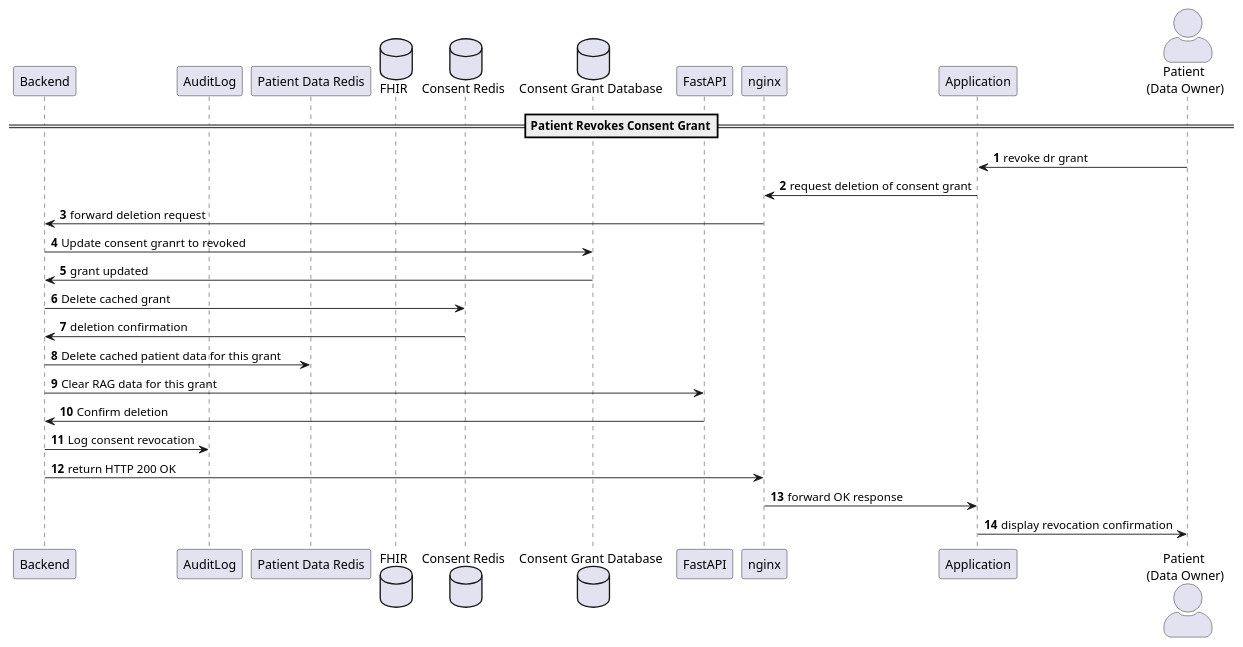
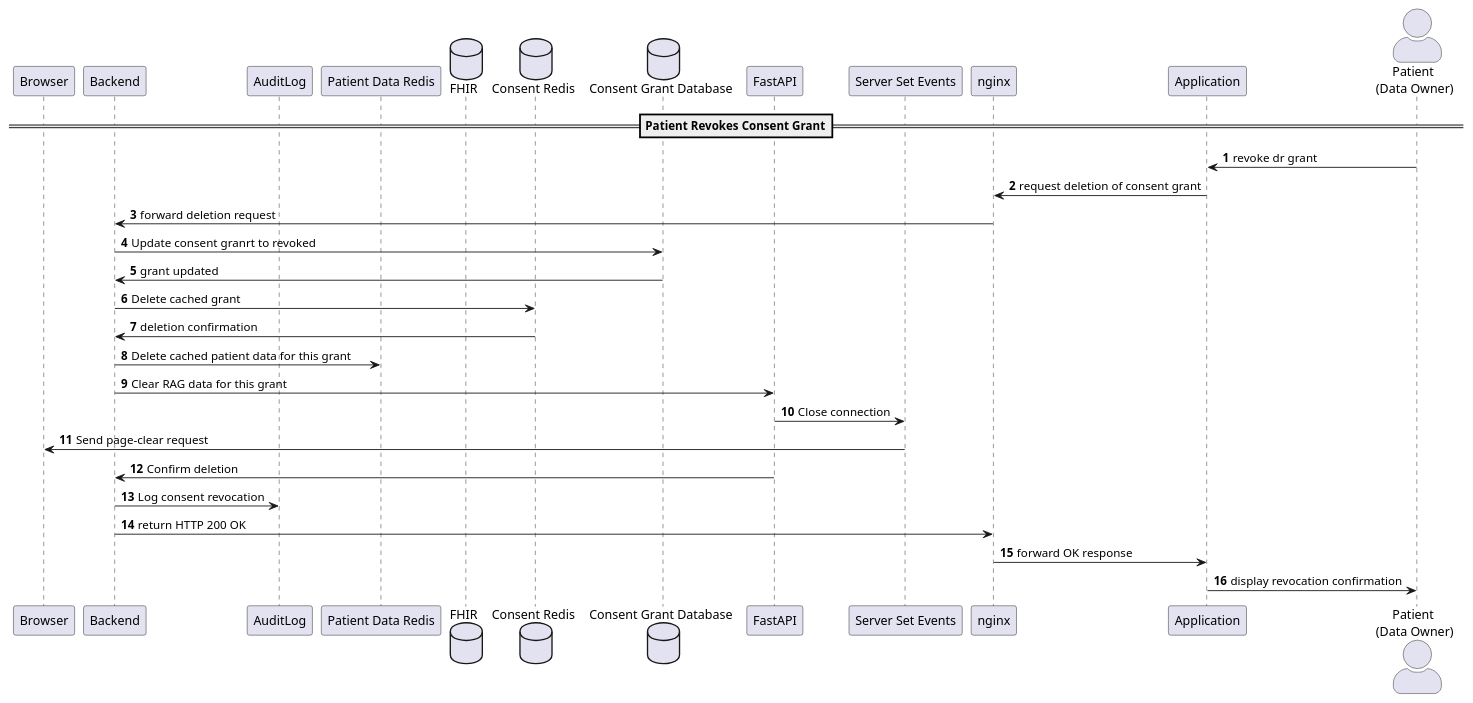
The diagram in docs/Diagrams/Consent-Grant-Flow/Consent-Part4.puml (Belal0066/CFI-Care), drawn with PlantUML before and after one commit. The commit also changed 1 other file, not shown here.

Commit message:
chore: minor updates to consent grant diagrams to match OCRRAG diagram's flow, general system plan

```diff
--- a/docs/Diagrams/Consent-Grant-Flow/Consent-Part4.puml
+++ b/docs/Diagrams/Consent-Grant-Flow/Consent-Part4.puml
@@ -1,63 +1,67 @@
 @startuml Practitioner Patient Consent Granting
 skinparam actorStyle AWESOME
 autonumber
 
 
 ' actor Practitioner
-' participant Browser
+participant Browser
 
 ' participant RAG
 
 
 
 ' participant oauth2Proxy
 
 ' participant Keycloak
 
 participant "Backend" as NJS
 
 participant AuditLog
 
 
 participant "Patient Data Redis" as PDR
 database FHIR
 
 database "Consent Redis" as AR
 
 database "Consent Grant Database" as ADB
 
 ' database "FCM Token Database" as TDB
 
 ' participant RAGRedis as RR
 
 participant FastAPI as FAPI
+participant "Server Set Events" as SSE
 
 ' participant Firebase
 participant nginx
 
 participant "Application" as App
 actor "Patient \n(Data Owner)"  as Patient 
 ==Patient Revokes Consent Grant==
 ' drs with Consent are listed??
 Patient -> App : revoke dr grant 
 
 App -> nginx: request deletion of consent grant
 nginx -> NJS : forward deletion request
 
 NJS -> ADB : Update consent granrt to revoked
 ADB -> NJS : grant updated
 
 NJS -> AR : Delete cached grant
 AR -> NJS : deletion confirmation
 
 NJS -> PDR : Delete cached patient data for this grant
 NJS -> FAPI : Clear RAG data for this grant
+FAPI-> SSE : Close connection
+SSE-> Browser : Send page-clear request
+
 FAPI -> NJS : Confirm deletion 
 
 NJS -> AuditLog : Log consent revocation
 
 NJS-> nginx: return HTTP 200 OK 
 nginx-> App: forward OK response
 App-> Patient: display revocation confirmation
 
 @enduml
```
